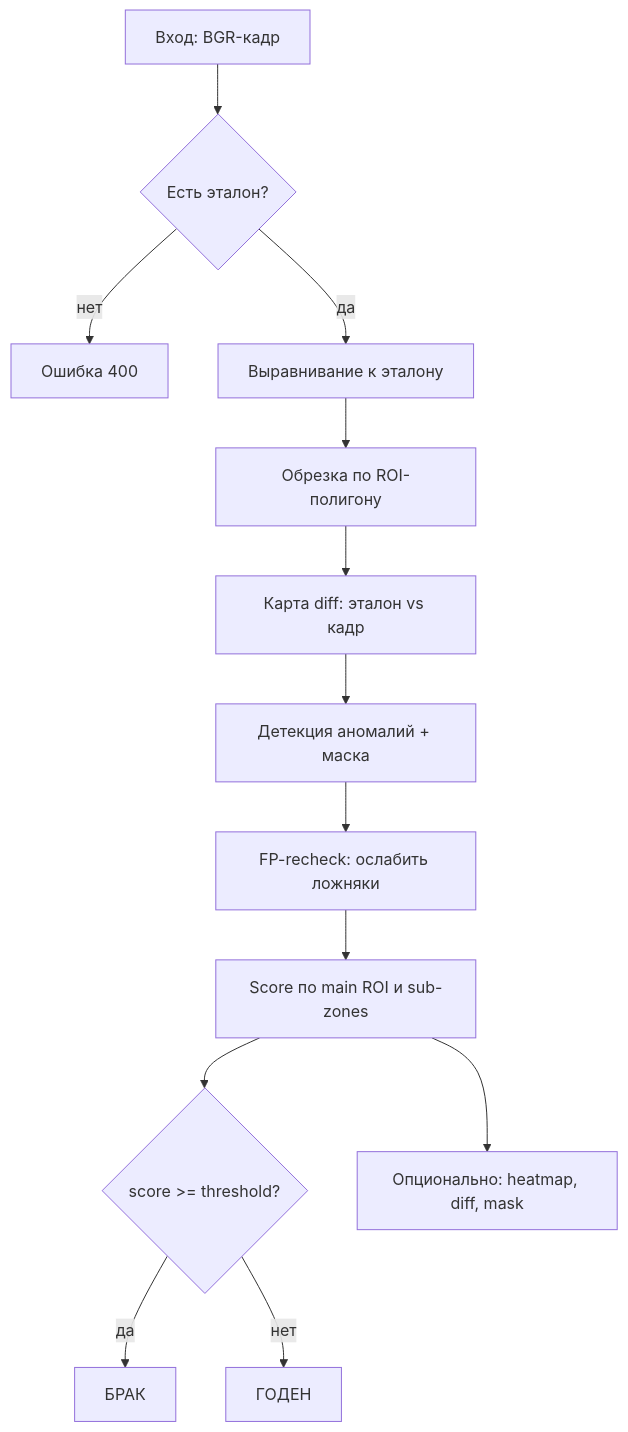
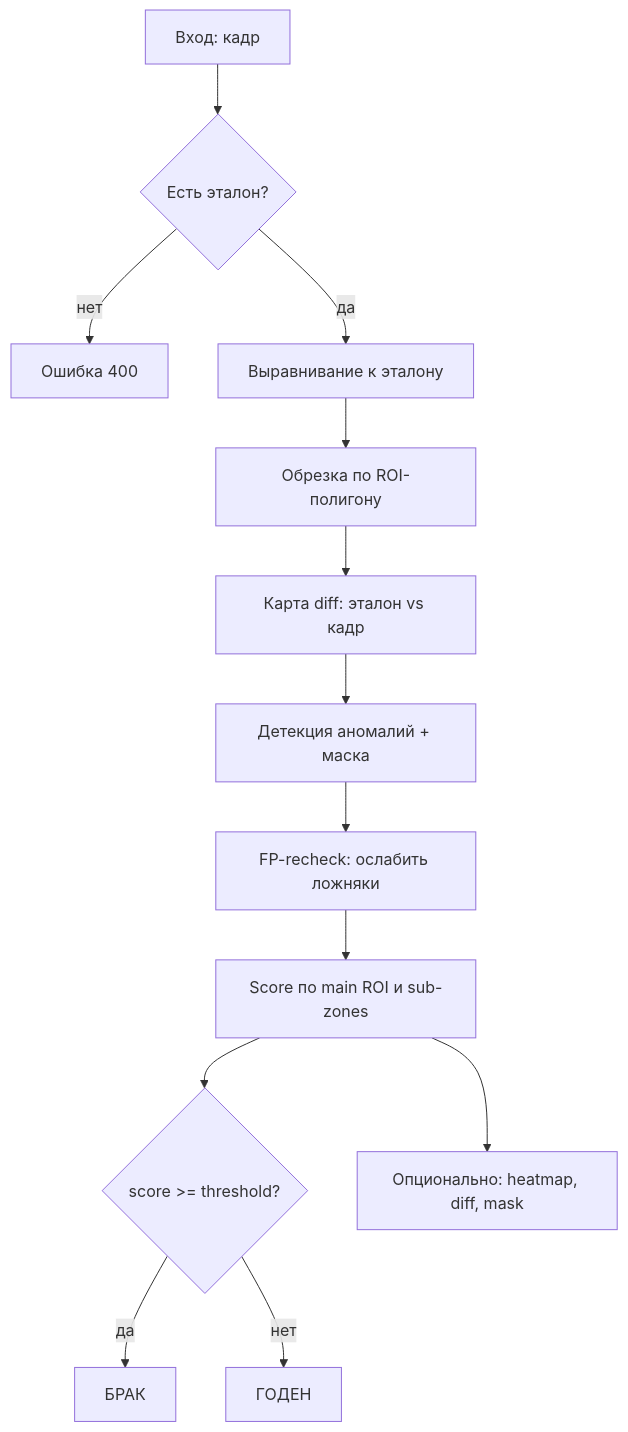
The diagram in analisSurface/docs/GUIDE.md (Candymanzz/defect-detector-v3), drawn with Mermaid before and after one commit. The commit also changed other lines of this file, not shown here.

Commit message:
фикс гайда

````diff
--- a/analisSurface/docs/GUIDE.md
+++ b/analisSurface/docs/GUIDE.md
@@ -257,15 +257,15 @@
 ```mermaid
 flowchart TD
-    A[Вход: BGR-кадр] --> B{Есть эталон?}
+    A[Вход: кадр] --> B{Есть эталон?}
     B -->|нет| X[Ошибка 400]
     B -->|да| C[Выравнивание к эталону]
     C --> D[Обрезка по ROI-полигону]
     D --> E[Карта diff: эталон vs кадр]
     E --> F[Детекция аномалий + маска]
     F --> G[FP-recheck: ослабить ложняки]
     G --> H[Score по main ROI и sub-zones]
     H --> I{score >= threshold?}
     I -->|да| J[БРАК]
     I -->|нет| K[ГОДЕН]
     H --> L[Опционально: heatmap, diff, mask]
 ```
````
